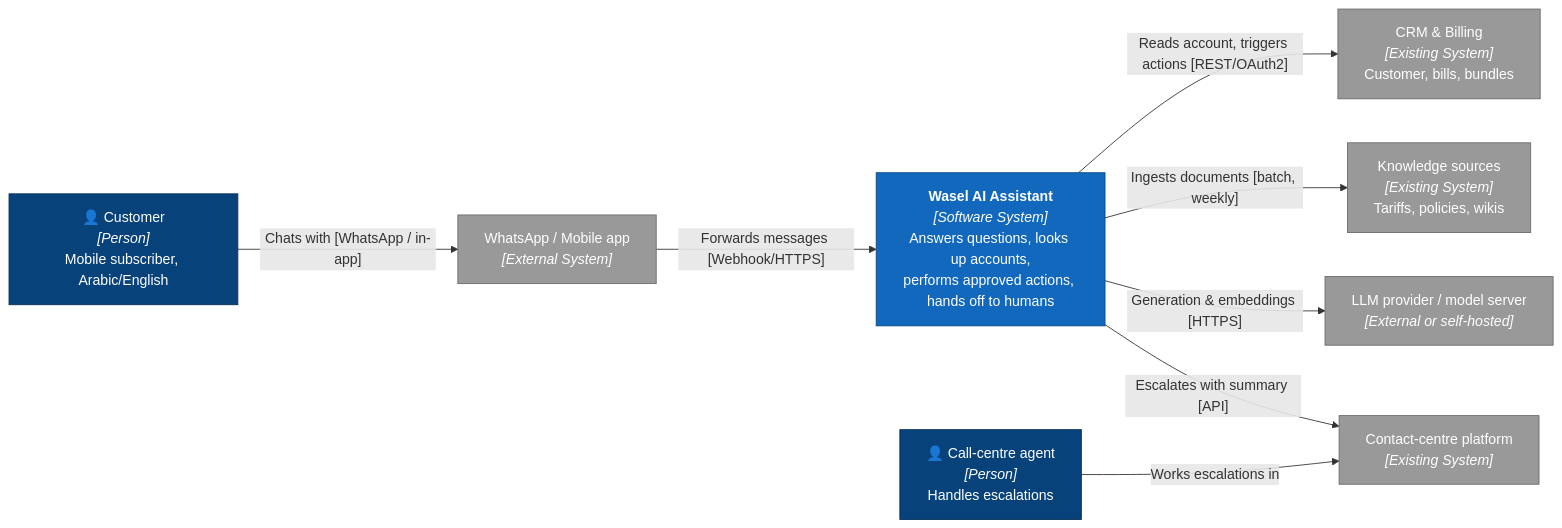
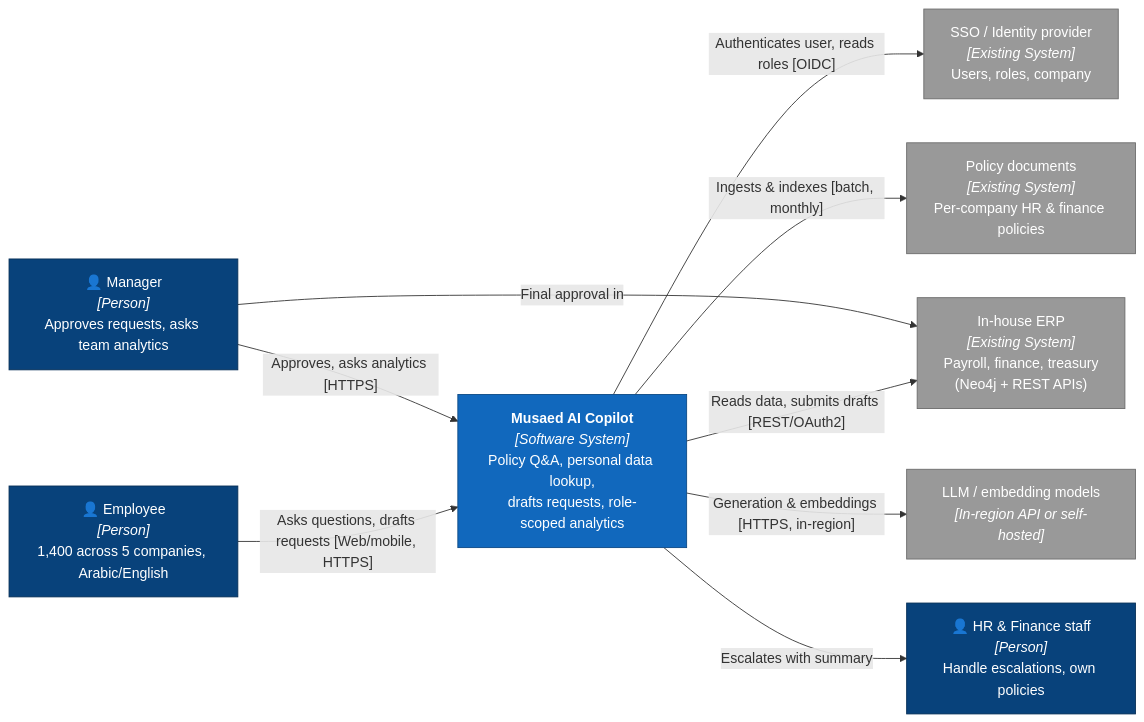
One commit to AhmadSaleh22/ai-architecture-portfolio changed the diagram in diagrams/src/c4-context.mmd. Above: the diagram before and after it, drawn with Mermaid. The commit also changed 2 other files, not shown here.

Commit message:
Capstone scenario: ERP/HR copilot based on real experience

```diff
--- a/diagrams/src/c4-context.mmd
+++ b/diagrams/src/c4-context.mmd
@@ -1,27 +1,28 @@
-%% C4 Level 1: System Context (DRAFT) · Wasel customer-care assistant
+%% C4 Level 1: System Context (DRAFT) · Musaed ERP / HR copilot
 flowchart LR
-    cust["👤 Customer<br/><i>[Person]</i><br/>Mobile subscriber, Arabic/English"]
-    agent["👤 Call-centre agent<br/><i>[Person]</i><br/>Handles escalations"]
+    emp["👤 Employee<br/><i>[Person]</i><br/>1,400 across 5 companies, Arabic/English"]
+    mgr["👤 Manager<br/><i>[Person]</i><br/>Approves requests, asks team analytics"]
+    hr["👤 HR & Finance staff<br/><i>[Person]</i><br/>Handle escalations, own policies"]
 
-    wasel["<b>Wasel AI Assistant</b><br/><i>[Software System]</i><br/>Answers questions, looks up accounts,<br/>performs approved actions, hands off to humans"]
+    musaed["<b>Musaed AI Copilot</b><br/><i>[Software System]</i><br/>Policy Q&A, personal data lookup,<br/>drafts requests, role-scoped analytics"]
 
-    channels["WhatsApp / Mobile app<br/><i>[External System]</i>"]
-    crm["CRM & Billing<br/><i>[Existing System]</i><br/>Customer, bills, bundles"]
-    kb["Knowledge sources<br/><i>[Existing System]</i><br/>Tariffs, policies, wikis"]
-    llm["LLM provider / model server<br/><i>[External or self-hosted]</i>"]
-    contact["Contact-centre platform<br/><i>[Existing System]</i>"]
+    sso["SSO / Identity provider<br/><i>[Existing System]</i><br/>Users, roles, company"]
+    erp["In-house ERP<br/><i>[Existing System]</i><br/>Payroll, finance, treasury<br/>(Neo4j + REST APIs)"]
+    docs["Policy documents<br/><i>[Existing System]</i><br/>Per-company HR & finance policies"]
+    llm["LLM / embedding models<br/><i>[In-region API or self-hosted]</i>"]
 
-    cust -->|"Chats with [WhatsApp / in-app]"| channels
-    channels -->|"Forwards messages [Webhook/HTTPS]"| wasel
-    wasel -->|"Reads account, triggers actions [REST/OAuth2]"| crm
-    wasel -->|"Ingests documents [batch, weekly]"| kb
-    wasel -->|"Generation & embeddings [HTTPS]"| llm
-    wasel -->|"Escalates with summary [API]"| contact
-    agent -->|"Works escalations in"| contact
+    emp -->|"Asks questions, drafts requests [Web/mobile, HTTPS]"| musaed
+    mgr -->|"Approves, asks analytics [HTTPS]"| musaed
+    musaed -->|"Authenticates user, reads roles [OIDC]"| sso
+    musaed -->|"Reads data, submits drafts [REST/OAuth2]"| erp
+    musaed -->|"Ingests & indexes [batch, monthly]"| docs
+    musaed -->|"Generation & embeddings [HTTPS, in-region]"| llm
+    musaed -->|"Escalates with summary"| hr
+    mgr -->|"Final approval in"| erp
 
     classDef person fill:#08427b,color:#fff,stroke:#052e56
     classDef system fill:#1168bd,color:#fff,stroke:#0b4884
     classDef ext fill:#999,color:#fff,stroke:#6b6b6b
-    class cust,agent person
-    class wasel system
-    class channels,crm,kb,llm,contact ext
+    class emp,mgr,hr person
+    class musaed system
+    class sso,erp,docs,llm ext
```
